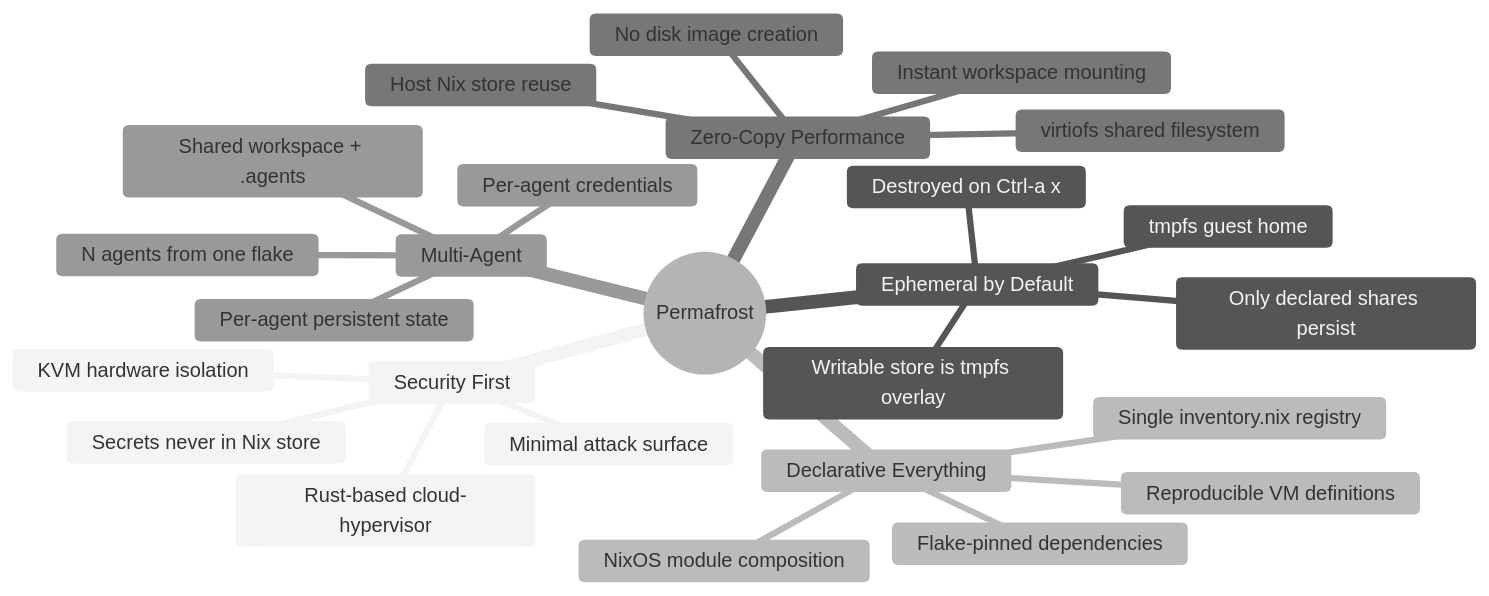
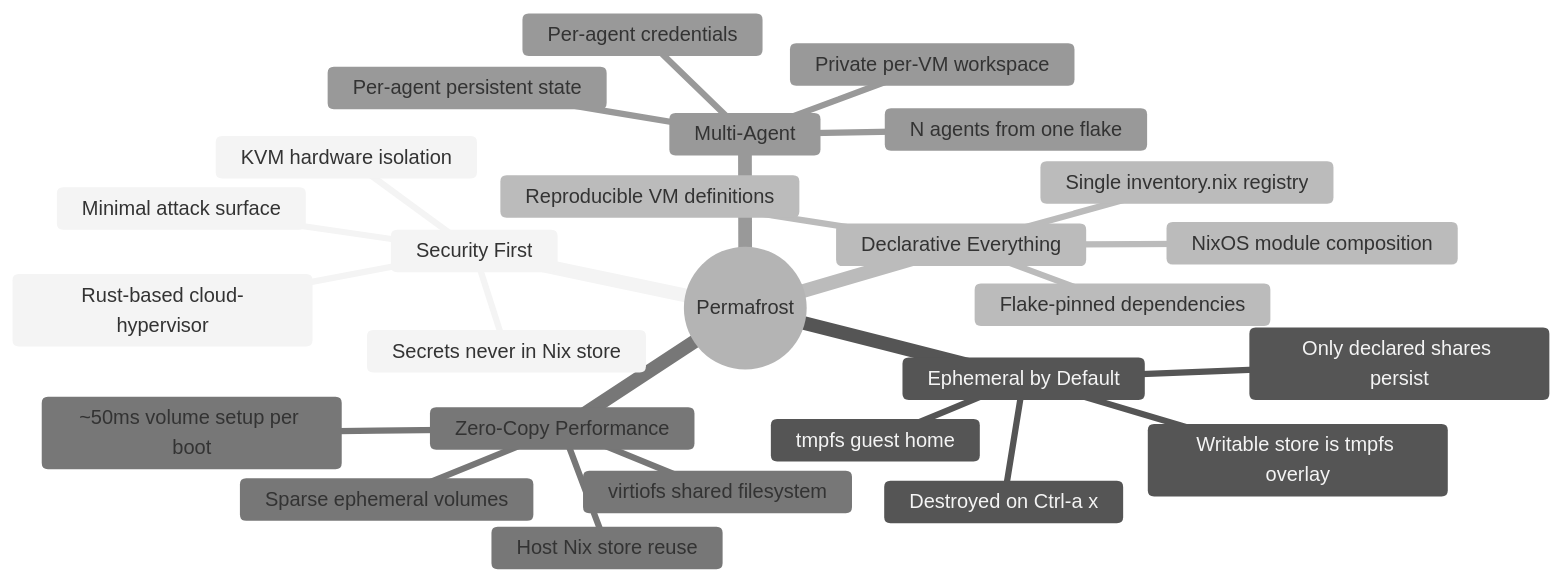
The second of 7 diagrams in README.md (tenarches/nix-permafrost), drawn with Mermaid (neutral theme) before and after one commit. The commit also changed other lines of this file and 3 other files, not shown here.

First line of the commit message:
docs: document guest storage architecture and new runners

````diff
--- a/README.md
+++ b/README.md
@@ -66,29 +66,29 @@
 ```mermaid
 mindmap
   root((Permafrost))
     Security First
       KVM hardware isolation
       Rust-based cloud-hypervisor
       Minimal attack surface
       Secrets never in Nix store
     Ephemeral by Default
       tmpfs guest home
       Destroyed on Ctrl-a x
       Only declared shares persist
       Writable store is tmpfs overlay
     Declarative Everything
       Single inventory.nix registry
       NixOS module composition
       Reproducible VM definitions
       Flake-pinned dependencies
     Zero-Copy Performance
       virtiofs shared filesystem
       Host Nix store reuse
-      No disk image creation
-      Instant workspace mounting
+      Sparse ephemeral volumes
+      ~50ms volume setup per boot
     Multi-Agent
       N agents from one flake
       Per-agent credentials
       Per-agent persistent state
-      Shared workspace + .agents
+      Private per-VM workspace
 ```
````
